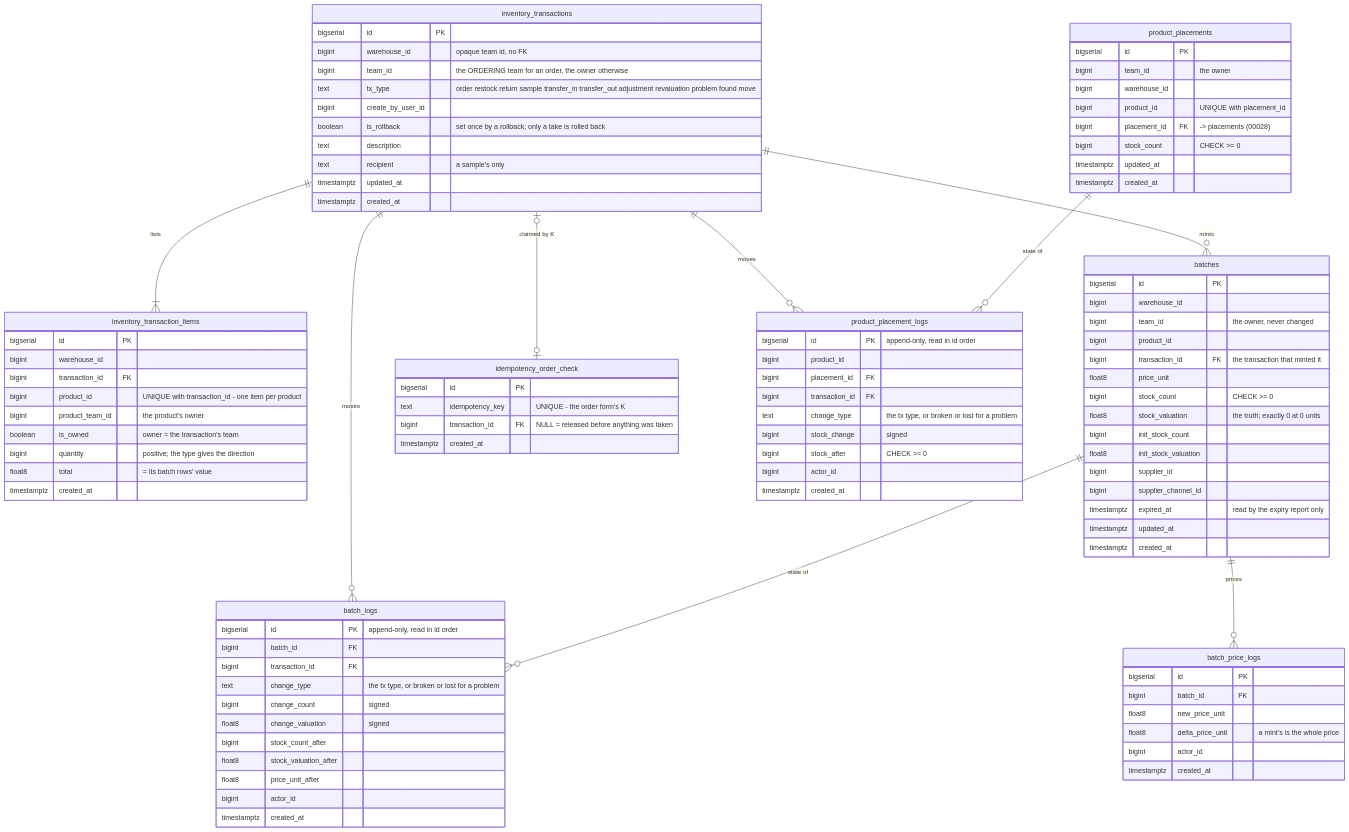
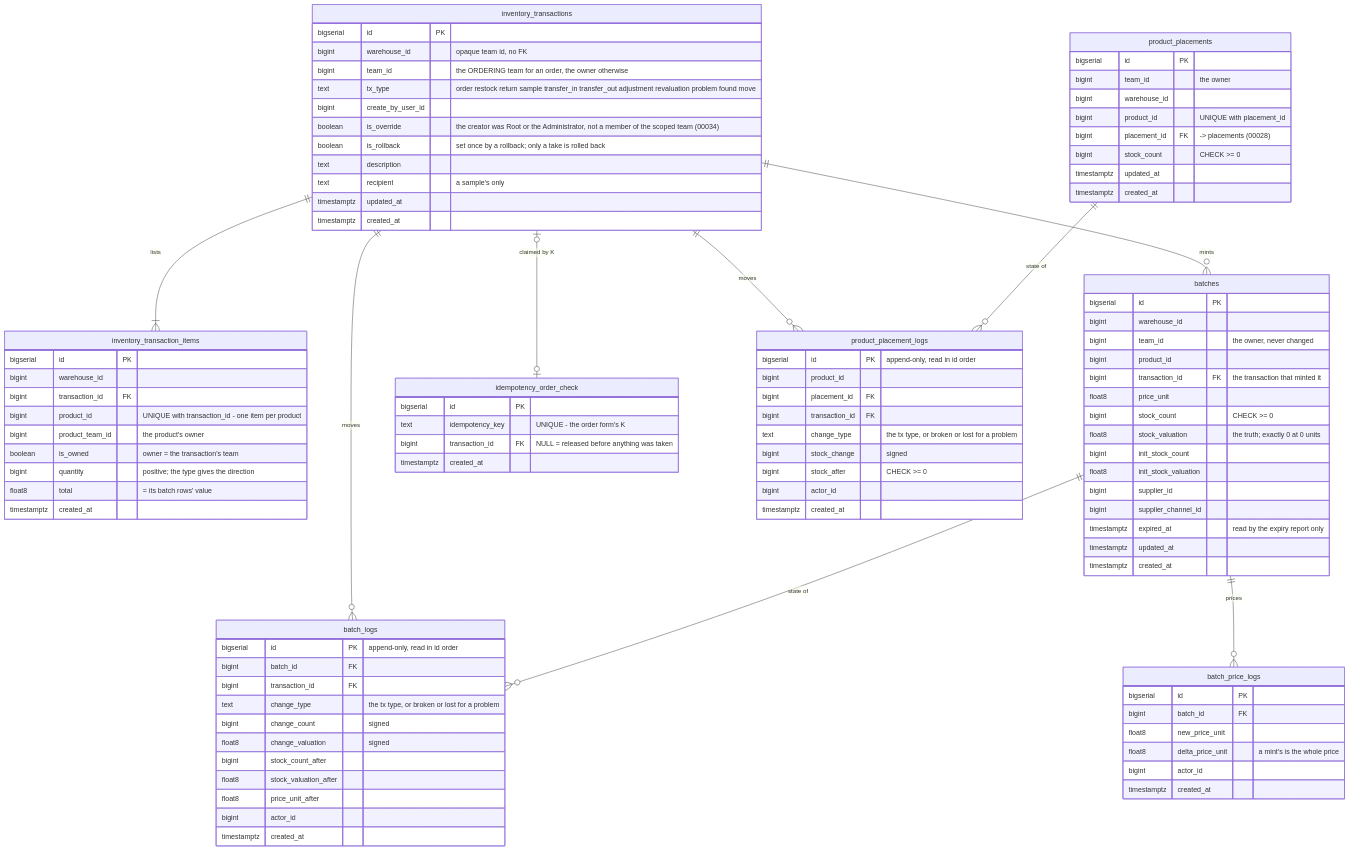
The ninth of 20 diagrams in docs/database-schema.md (pdcgo/warehouse_revamp), drawn with Mermaid before and after one commit. The commit also changed other lines of this file and 703 other files, not shown here.

```diff
--- a/docs/database-schema.md
+++ b/docs/database-schema.md
@@ -1049,6 +1138,7 @@
         bigint      team_id           "the ORDERING team for an order, the owner otherwise"
         text        tx_type           "order restock return sample transfer_in transfer_out adjustment revaluation problem found move"
         bigint      create_by_user_id
+        boolean     is_override       "the creator was Root or the Administrator, not a member of the scoped team (00034)"
         boolean     is_rollback       "set once by a rollback; only a take is rolled back"
         text        description
         text        recipient         "a sample's only"
```
